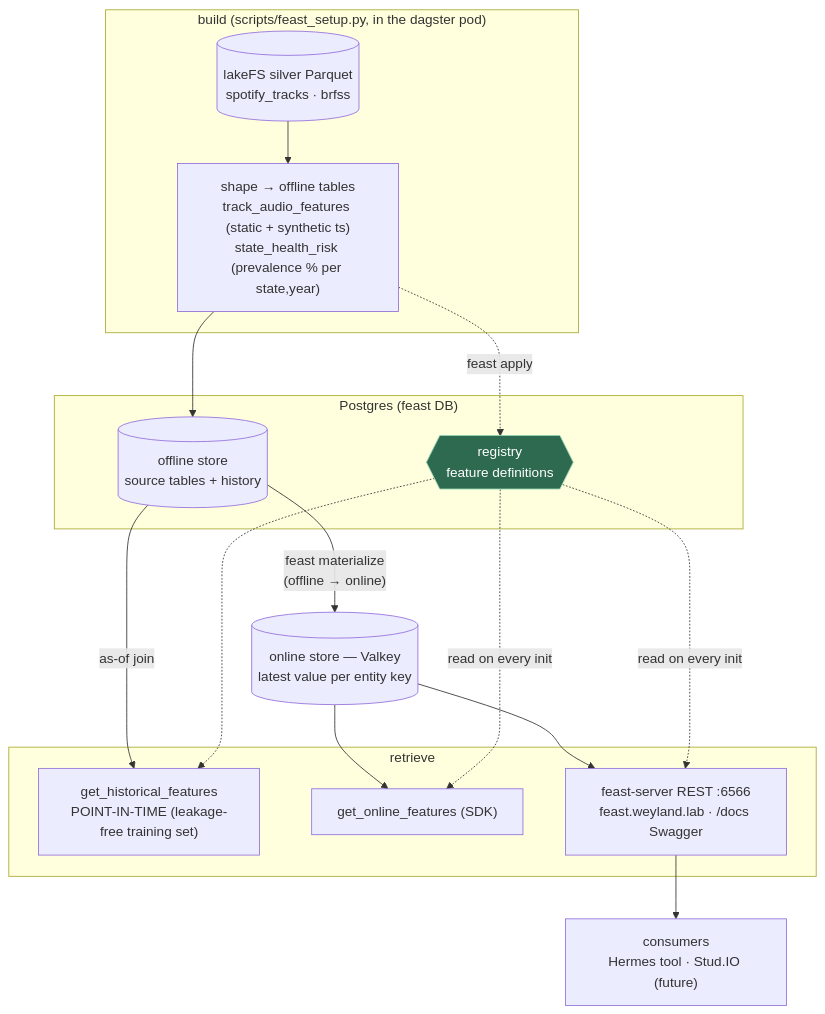
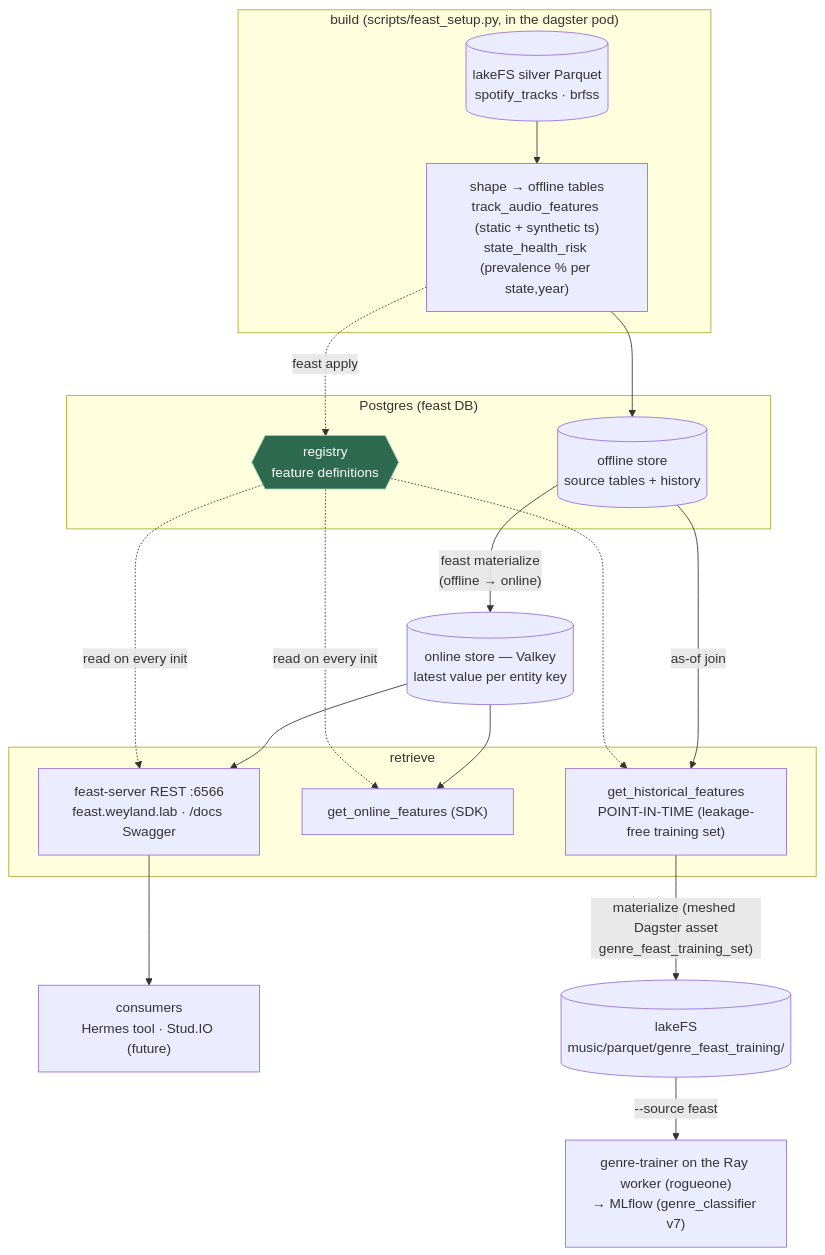
One commit to edtbl76/weyland-lab changed the diagram in docs/diagrams/flow-feast.md. Above: the diagram before and after it, drawn with Mermaid. The commit also changed other lines of this file and 4 other files, not shown here.

Commit message:
Added Feast as a feature source for `genre-trainer`: integrated Dagster `genre_feast_training_set` asset for point-in-time retrieval, updated `--source feast` workflow and documentation, and achieved feature parity with silver path (f1_macro 0.314).

````diff
--- a/docs/diagrams/flow-feast.md
+++ b/docs/diagrams/flow-feast.md
@@ -8,35 +8,37 @@
 ```mermaid
 flowchart TB
   subgraph BUILD["build (scripts/feast_setup.py, in the dagster pod)"]
     SILVER[("lakeFS silver Parquet<br/>spotify_tracks · brfss")]
     LOAD["shape → offline tables<br/>track_audio_features (static + synthetic ts)<br/>state_health_risk (prevalence % per state,year)"]
     SILVER --> LOAD
   end
 
   subgraph PG["Postgres (feast DB)"]
     OFFLINE[("offline store<br/>source tables + history")]
     REGISTRY{{"registry<br/>feature definitions"}}
   end
   VALKEY[("online store — Valkey<br/>latest value per entity key")]
 
   LOAD --> OFFLINE
   LOAD -.->|"feast apply"| REGISTRY
   OFFLINE -->|"feast materialize<br/>(offline → online)"| VALKEY
 
   subgraph SERVE["retrieve"]
     HIST["get_historical_features<br/>POINT-IN-TIME (leakage-free training set)"]
     ONLINE_SDK["get_online_features (SDK)"]
     REST["feast-server REST :6566<br/>feast.weyland.lab · /docs Swagger"]
   end
 
   OFFLINE -->|"as-of join"| HIST
   VALKEY --> ONLINE_SDK
   VALKEY --> REST
   REGISTRY -.->|"read on every init"| ONLINE_SDK
   REGISTRY -.->|"read on every init"| REST
   REGISTRY -.-> HIST
   REST --> CONSUMER["consumers<br/>Hermes tool · Stud.IO (future)"]
+  HIST -->|"materialize (meshed Dagster asset<br/>genre_feast_training_set)"| TRAINSET[("lakeFS<br/>music/parquet/genre_feast_training/")]
+  TRAINSET -->|"--source feast"| TRAINER["genre-trainer on the Ray worker (rogueone)<br/>→ MLflow (genre_classifier v7)"]
 
   classDef truth fill:#2d6a4f,stroke:#95d5b2,color:#fff;
   class REGISTRY truth;
 ```
````
